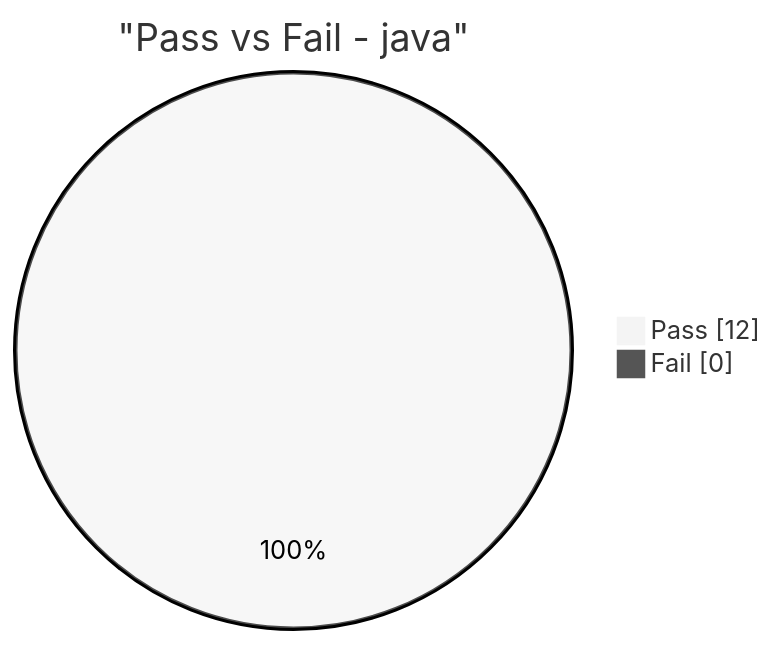
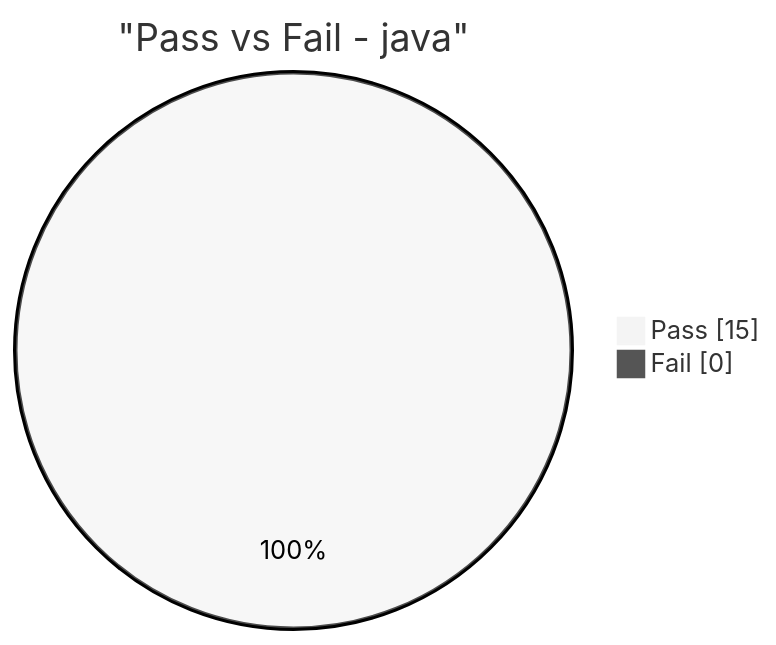
One commit to OrlandoEduardo101/todo_multi_lang changed the fourth of 4 diagrams in reports/benchmark/benchmark_report_latest.md. Above: the diagram before and after it, drawn with Mermaid (neutral theme). The commit also changed other lines of this file and 5 other files, not shown here.

````diff
--- a/reports/benchmark/benchmark_report_latest.md
+++ b/reports/benchmark/benchmark_report_latest.md
@@ -39,6 +50,6 @@
 ```mermaid
 pie showData
   title "Pass vs Fail - java"
-  "Pass" : 12
+  "Pass" : 15
   "Fail" : 0
 ```
````
